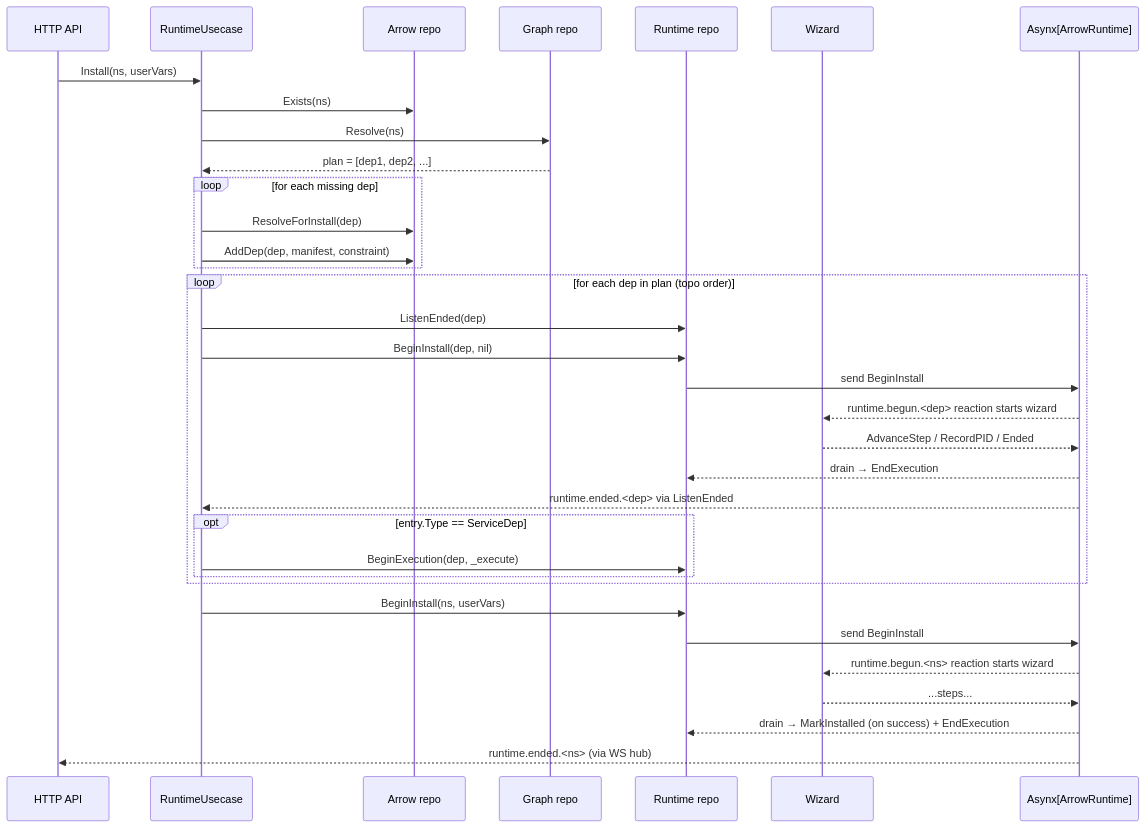
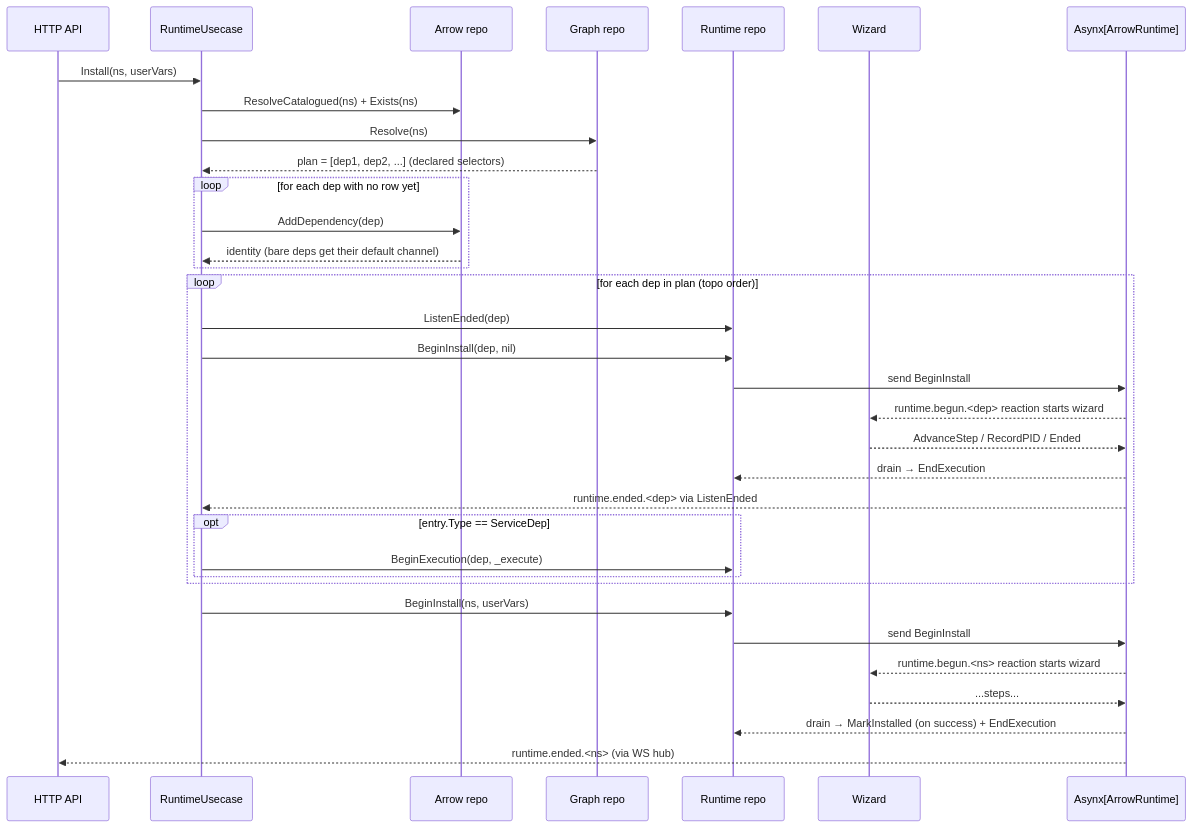
One commit to rabbytesoftware/quiver.core changed the second of 4 diagrams in docs/spec/usecases.md. Above: the diagram before and after it, drawn with Mermaid. The commit also changed other lines of this file and 357 other files, not shown here.

````diff
--- a/docs/spec/usecases.md
+++ b/docs/spec/usecases.md
@@ -350,40 +357,40 @@
 ```mermaid
 sequenceDiagram
     participant API as HTTP API
     participant UC as RuntimeUsecase
     participant Arrow as Arrow repo
     participant Graph as Graph repo
     participant Run as Runtime repo
     participant Wiz as Wizard
     participant AxR as Asynx[ArrowRuntime]
 
     API->>UC: Install(ns, userVars)
-    UC->>Arrow: Exists(ns)
+    UC->>Arrow: ResolveCatalogued(ns) + Exists(ns)
     UC->>Graph: Resolve(ns)
-    Graph-->>UC: plan = [dep1, dep2, ...]
+    Graph-->>UC: plan = [dep1, dep2, ...] (declared selectors)
 
-    loop for each missing dep
-        UC->>Arrow: ResolveForInstall(dep)
-        UC->>Arrow: AddDep(dep, manifest, constraint)
+    loop for each dep with no row yet
+        UC->>Arrow: AddDependency(dep)
+        Arrow-->>UC: identity (bare deps get their default channel)
     end
 
     loop for each dep in plan (topo order)
         UC->>Run: ListenEnded(dep)
         UC->>Run: BeginInstall(dep, nil)
         Run->>AxR: send BeginInstall
         AxR-->>Wiz: runtime.begun.<dep> reaction starts wizard
         Wiz-->>AxR: AdvanceStep / RecordPID / Ended
         AxR-->>Run: drain → EndExecution
         AxR-->>UC: runtime.ended.<dep> via ListenEnded
         opt entry.Type == ServiceDep
             UC->>Run: BeginExecution(dep, _execute)
         end
     end
 
     UC->>Run: BeginInstall(ns, userVars)
     Run->>AxR: send BeginInstall
     AxR-->>Wiz: runtime.begun.<ns> reaction starts wizard
     Wiz-->>AxR: ...steps...
     AxR-->>Run: drain → MarkInstalled (on success) + EndExecution
     AxR-->>API: runtime.ended.<ns> (via WS hub)
 ```
````
